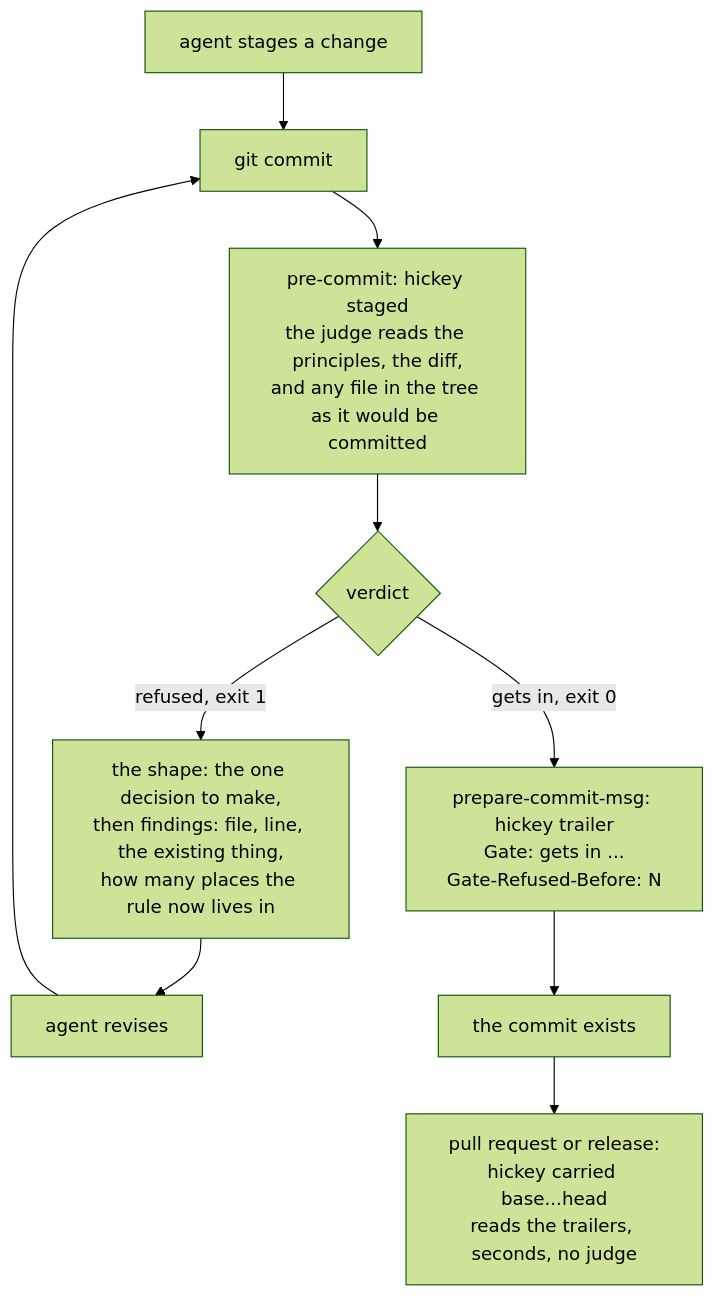
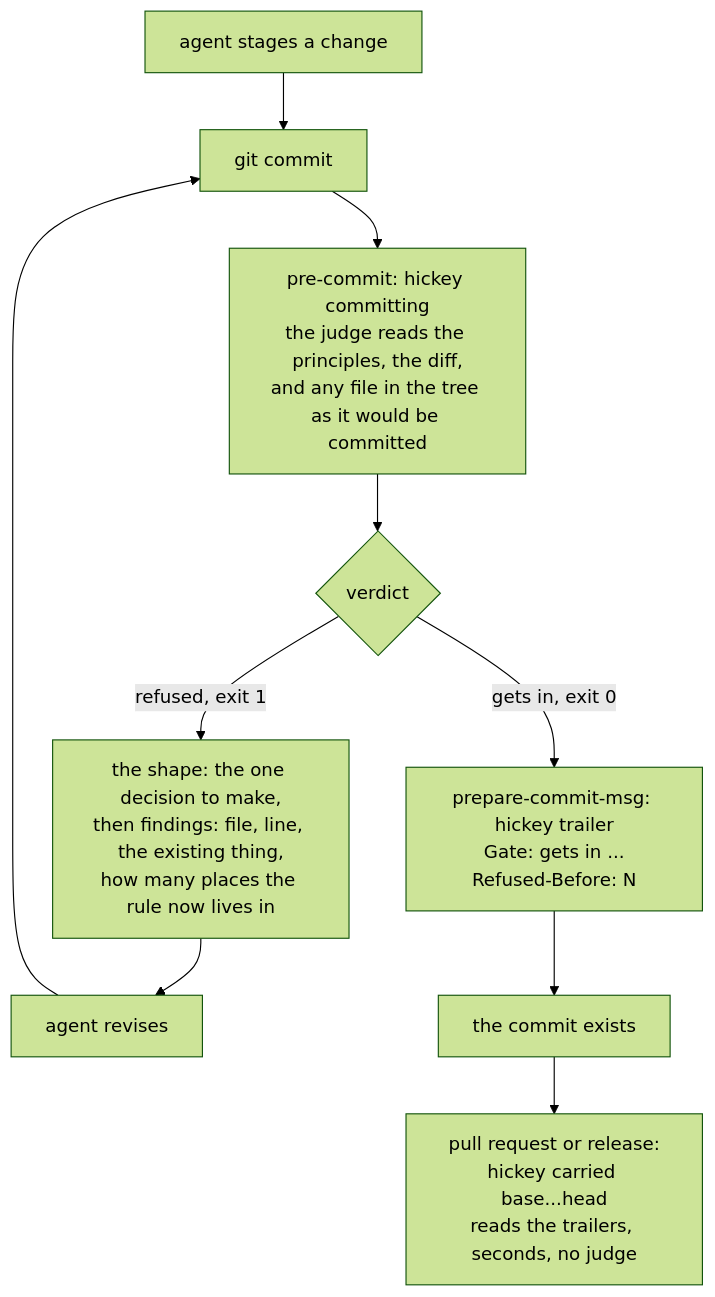
The diagram in README.md (lloyal-ai/hickey), drawn with Mermaid (forest theme) before and after one commit. The commit also changed other lines of this file and 11 other files, not shown here.

````diff
--- a/README.md
+++ b/README.md
@@ -64,12 +64,12 @@
 ```mermaid
 flowchart TD
     A[agent stages a change] --> B[git commit]
-    B --> C["pre-commit: hickey staged<br/>the judge reads the principles, the diff,<br/>and any file in the tree as it would be committed"]
+    B --> C["pre-commit: hickey committing<br/>the judge reads the principles, the diff,<br/>and any file in the tree as it would be committed"]
     C --> D{verdict}
     D -- refused, exit 1 --> E["the shape: the one decision to make,<br/>then findings: file, line, the existing thing,<br/>how many places the rule now lives in"]
     E --> F[agent revises]
     F --> B
-    D -- gets in, exit 0 --> G["prepare-commit-msg: hickey trailer<br/>Gate: gets in ...<br/>Gate-Refused-Before: N"]
+    D -- gets in, exit 0 --> G["prepare-commit-msg: hickey trailer<br/>Gate: gets in ...<br/>Refused-Before: N"]
     G --> H[the commit exists]
     H --> I["pull request or release:<br/>hickey carried base...head<br/>reads the trailers, seconds, no judge"]
 ```
````
